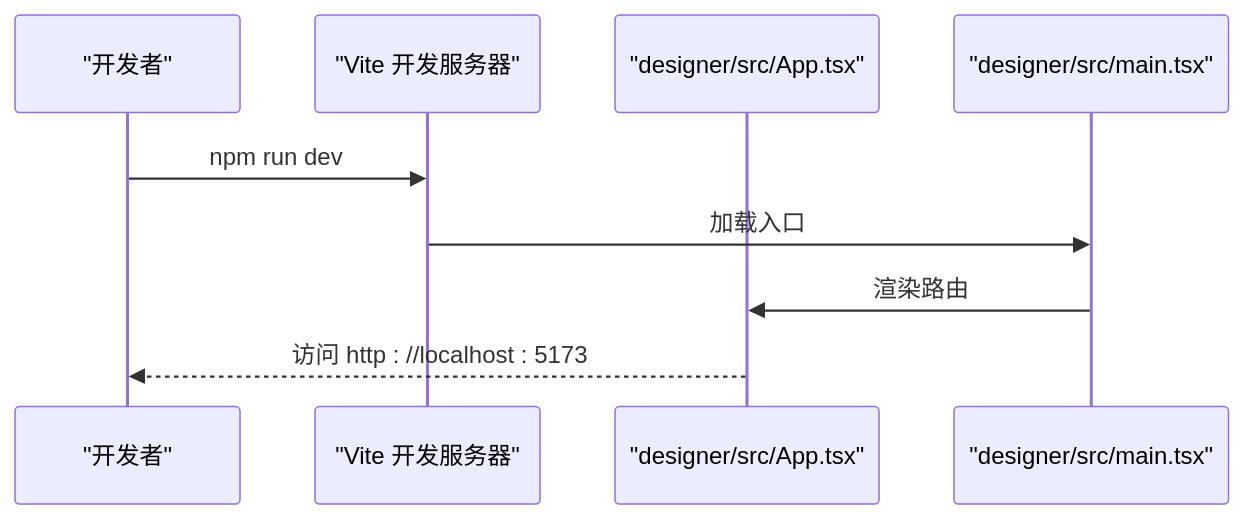
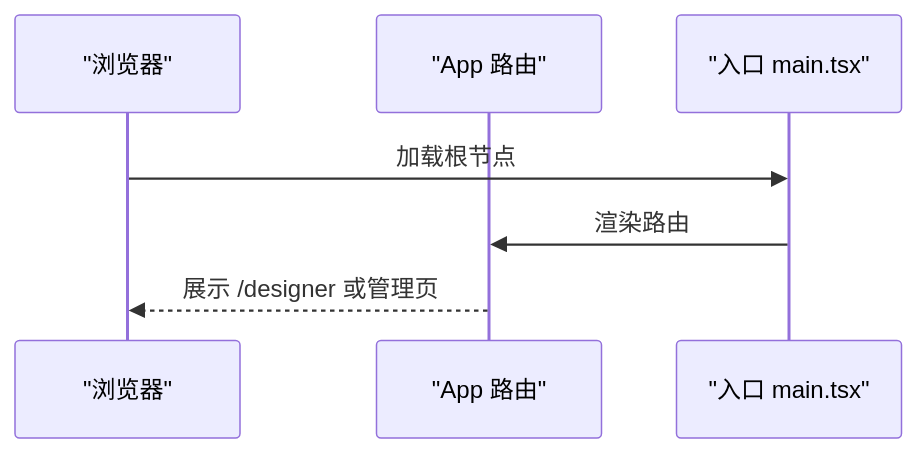
One commit to joker-yjc/printer changed the fourth of 7 diagrams in .qoder/repowiki/zh/content/快速开始.md. Above: the diagram before and after it, drawn with Mermaid. The commit also changed other lines of this file and 86 other files, not shown here.

````diff
--- a/.qoder/repowiki/zh/content/快速开始.md
+++ b/.qoder/repowiki/zh/content/快速开始.md
@@ -179,11 +159,9 @@
 ```mermaid
 sequenceDiagram
-participant Dev as "开发者"
-participant Vite as "Vite 开发服务器"
-participant App as "designer/src/App.tsx"
-participant Main as "designer/src/main.tsx"
-Dev->>Vite : npm run dev
-Vite->>Main : 加载入口
+participant Browser as "浏览器"
+participant App as "App 路由"
+participant Main as "入口 main.tsx"
+Browser->>Main : 加载根节点
 Main->>App : 渲染路由
-App-->>Dev : 访问 http : //localhost : 5173
+App-->>Browser : 展示 /designer 或管理页
 ```
````
